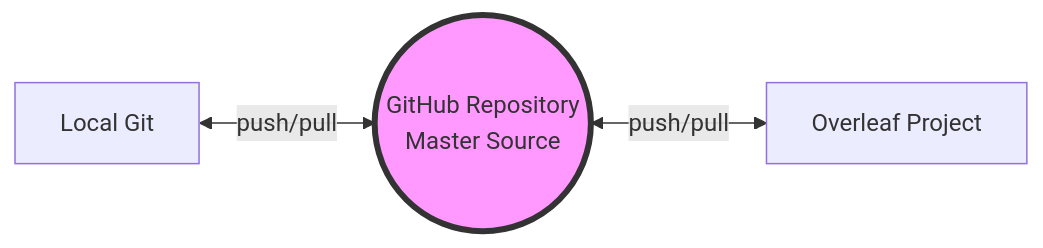
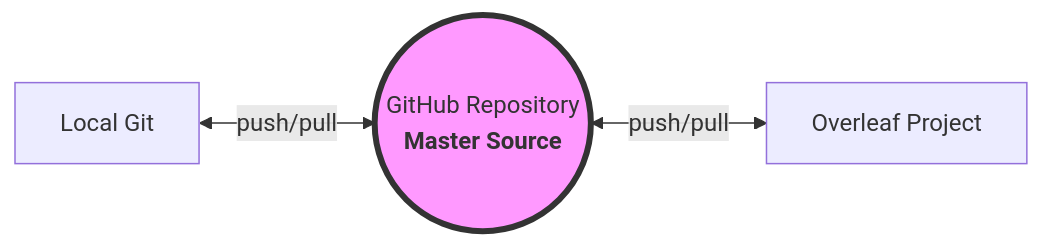
Before and after one commit to gqmaguirejr/KTH-3rd-cycle-template-restructured: the diagram in README.md, drawn with Mermaid. The commit also changed other lines of this file, not shown here.

````diff
--- a/README.md
+++ b/README.md
@@ -61,7 +78,7 @@
 ```mermaid
 graph LR
-    Local[Local Git] <-- "push/pull" --> GitHub((GitHub Repository<br/>Master Source))
+    Local[Local Git] <-- "push/pull" --> GitHub((GitHub Repository<br/><b>Master Source</b>))
     GitHub <-- "push/pull" --> Overleaf[Overleaf Project]
     
     style GitHub fill:#f9f,stroke:#333,stroke-width:4px
 ```
````
